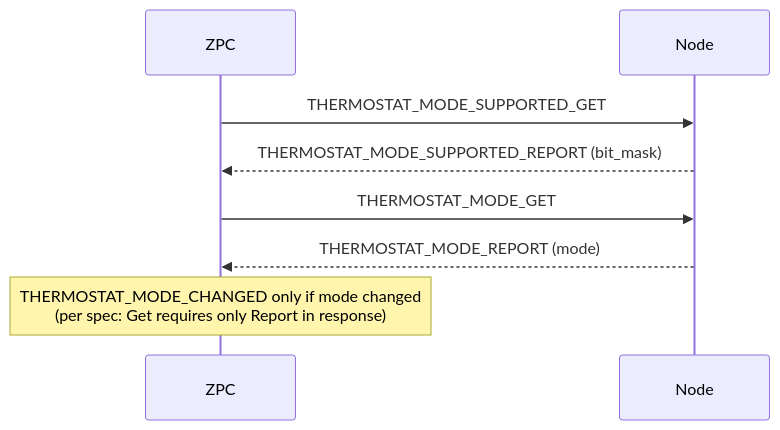
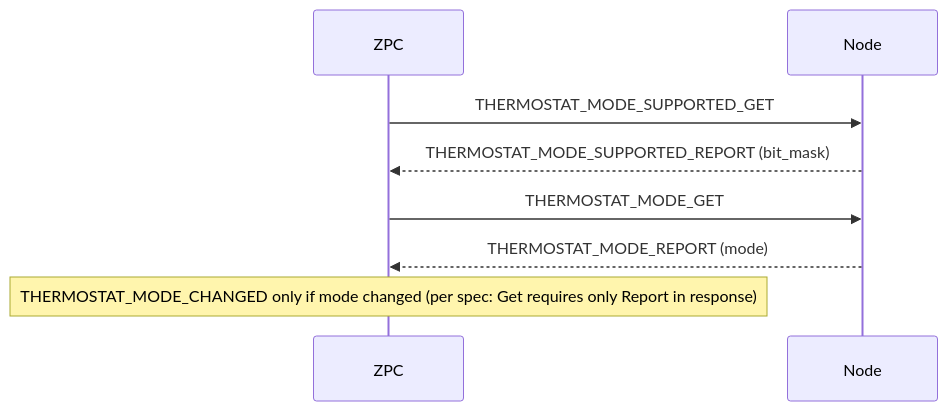
The first of 4 diagrams in components/command_classes/command_class_thermostat_mode/doc/sequence_diagrams.md (SiliconLabsSoftware/z-wave-protocol-controller), drawn with Mermaid before and after one commit. The commit also changed other lines of this file and 14 other files, not shown here.

First line of the commit message:
#100: Fix invalid mermaid diagrams and add CI checks (#104)

````diff
--- a/components/command_classes/command_class_thermostat_mode/doc/sequence_diagrams.md
+++ b/components/command_classes/command_class_thermostat_mode/doc/sequence_diagrams.md
@@ -5,12 +5,12 @@
 ```mermaid
 sequenceDiagram
     participant ZPC
     participant Node
 
     ZPC->>Node: THERMOSTAT_MODE_SUPPORTED_GET
     Node-->>ZPC: THERMOSTAT_MODE_SUPPORTED_REPORT (bit_mask)
 
     ZPC->>Node: THERMOSTAT_MODE_GET
     Node-->>ZPC: THERMOSTAT_MODE_REPORT (mode)
-    Note over ZPC: THERMOSTAT_MODE_CHANGED only if mode changed<br/>(per spec: Get requires only Report in response)
+    Note over ZPC: THERMOSTAT_MODE_CHANGED only if mode changed (per spec: Get requires only Report in response)
 ```
````
